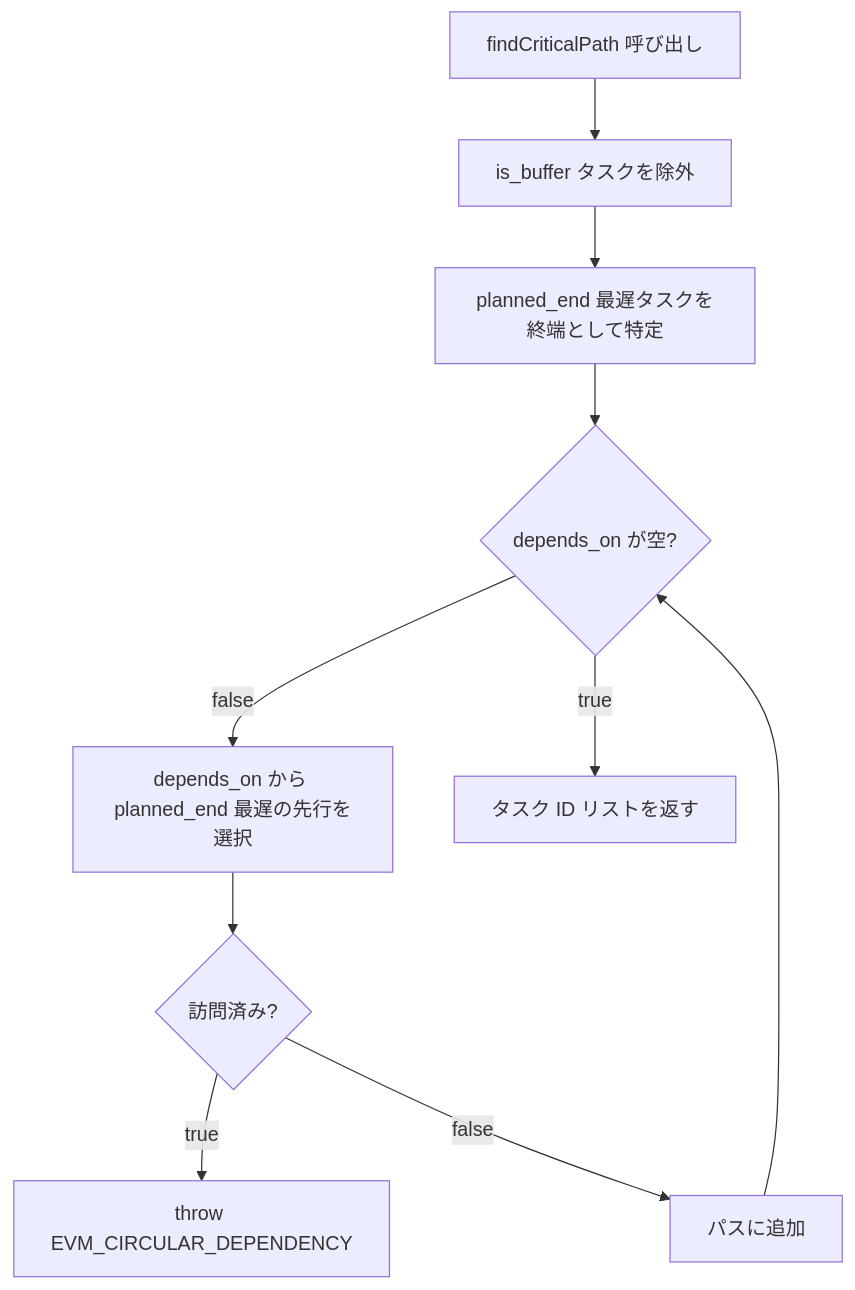
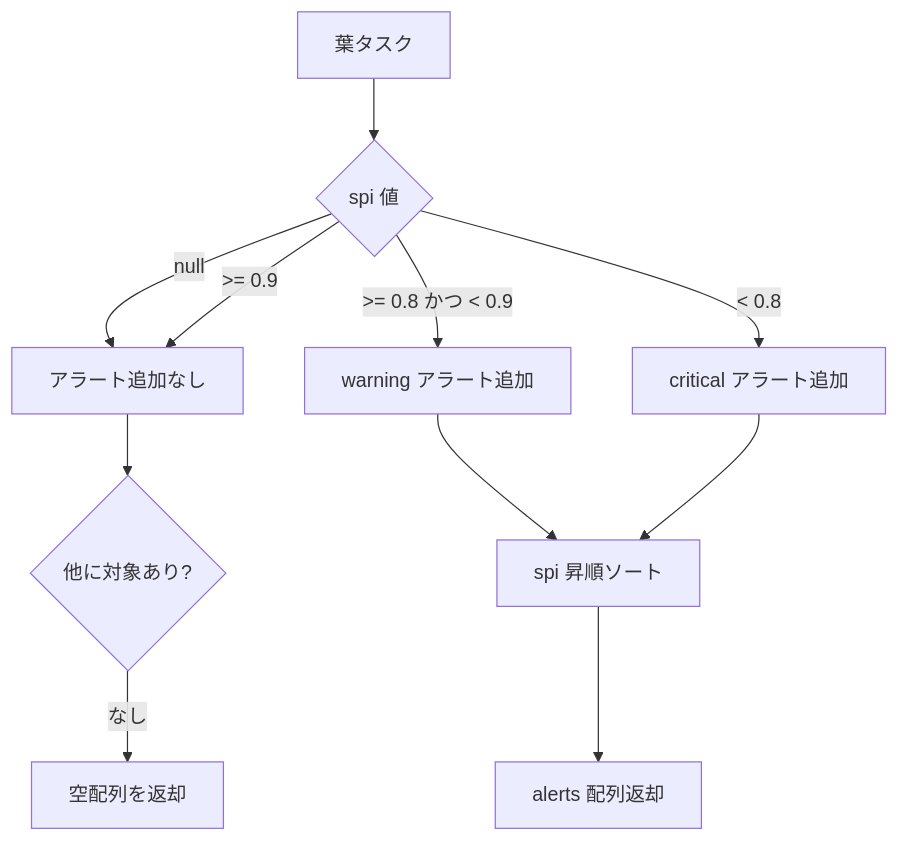
One commit to PrimeBrains/sdd-workshop changed the fourth of 5 diagrams in .kiro/specs/evm-engine/design.md. Above: the diagram before and after it, drawn with Mermaid. The commit also changed other lines of this file and 23 other files, not shown here.

````diff
--- a/.kiro/specs/evm-engine/design.md
+++ b/.kiro/specs/evm-engine/design.md
@@ -163,12 +250,13 @@
 ```mermaid
-graph TB
-    Start[findCriticalPath 呼び出し] --> FilterBuffer[is_buffer タスクを除外]
-    FilterBuffer --> FindTerminal[planned_end 最遅タスクを終端として特定]
-    FindTerminal --> Loop{depends_on が空?}
-    Loop -->|false| FindPred[depends_on から planned_end 最遅の先行を選択]
-    FindPred --> CheckCycle{訪問済み?}
-    CheckCycle -->|true| ThrowError[throw EVM_CIRCULAR_DEPENDENCY]
-    CheckCycle -->|false| AddPath[パスに追加]
-    AddPath --> Loop
-    Loop -->|true| ReturnPath[タスク ID リストを返す]
+flowchart TD
+  Task[葉タスク] --> Spi{spi 値}
+  Spi -->|null| Skip[アラート追加なし]
+  Spi -->|>= 0.9| Skip
+  Spi -->|>= 0.8 かつ < 0.9| Warn[warning アラート追加]
+  Spi -->|< 0.8| Crit[critical アラート追加]
+  Warn --> Sort[spi 昇順ソート]
+  Crit --> Sort
+  Sort --> Out[alerts 配列返却]
+  Skip --> Empty{他に対象あり?}
+  Empty -->|なし| EmptyOut[空配列を返却]
 ```
````
